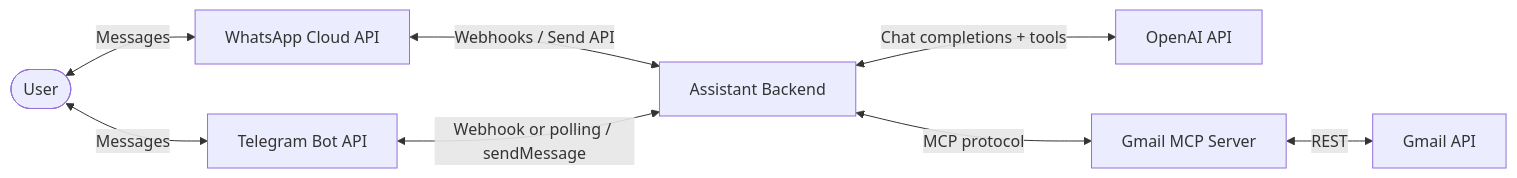
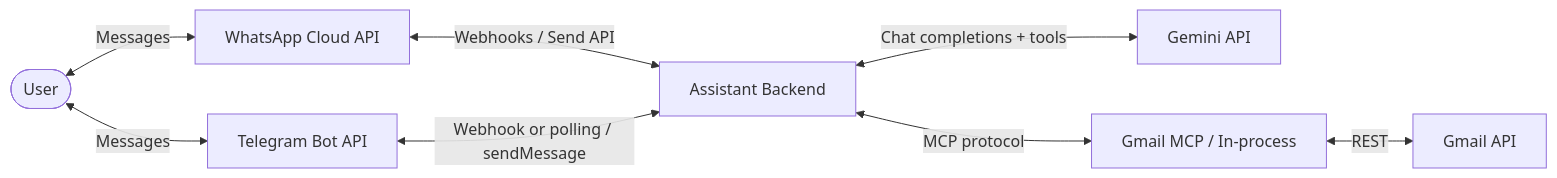
One commit to harshdhobe/Personal_MCP_AI_Agent changed the first of 5 diagrams in Docs/architecture.md. Above: the diagram before and after it, drawn with Mermaid. The commit also changed other lines of this file and 8 other files, not shown here.

````diff
--- a/Docs/architecture.md
+++ b/Docs/architecture.md
@@ -52,18 +52,18 @@
 ```mermaid
 flowchart LR
     User([User])
     WA[WhatsApp Cloud API]
     TG[Telegram Bot API]
     App[Assistant Backend]
-    LLM[OpenAI API]
-    MCP[Gmail MCP Server]
+    LLM[Gemini API]
+    MCP[Gmail MCP / In-process]
     Gmail[Gmail API]
 
     User <-->|Messages| WA
     User <-->|Messages| TG
     WA <-->|Webhooks / Send API| App
     TG <-->|Webhook or polling / sendMessage| App
     App <-->|Chat completions + tools| LLM
     App <-->|MCP protocol| MCP
     MCP <-->|REST| Gmail
 ```
````
